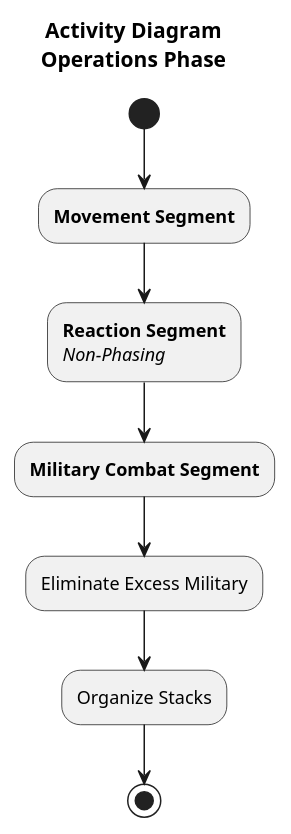
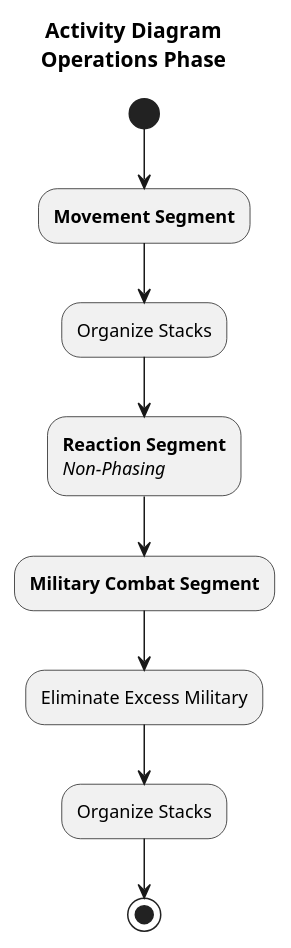
The diagram in Turn/Operations-Phase.plantuml (ui-cs383/Activity-Diagrams), drawn with PlantUML before and after one commit. The commit also changed 3 other files, not shown here.

Commit message:
Added rules notes. Changed some "Organize Stacks" to "Manage Stacks" to differentiate between the different processes.

```diff
--- a/Turn/Operations-Phase.plantuml
+++ b/Turn/Operations-Phase.plantuml
@@ -1,21 +1,24 @@
 @startuml
 
 title Activity Diagram\nOperations Phase
 
 ' Operations Phase
 ' Written by Samuel Foster
 ' Parents: /Turn/Starsystem-Player-Turn
 ' Children: /Movement/Movement-Segment /Movement/Reaction-Segment /Combat/Military-Combat-Segment
 
 (*) --> "<b>Movement Segment" as MS
+MS --> "Organize Stacks" as OS1
+'Phasing Player organizes stacks in "unorganized" environs into Military/Character stack and Character stack
 
-MS --> "<b>Reaction Segment\n<i>Non-Phasing" as RS
+OS1 --> "<b>Reaction Segment\n<i>Non-Phasing" as RS
 
 RS --> "<b>Military Combat Segment" as MCS
 
 MCS --> "Eliminate Excess Military" as EM
 
-EM --> "Organize Stacks"
+EM --> "Organize Stacks" as OS2
+'As above
 
---> (*)
+OS2 --> (*)
 @enduml
```
